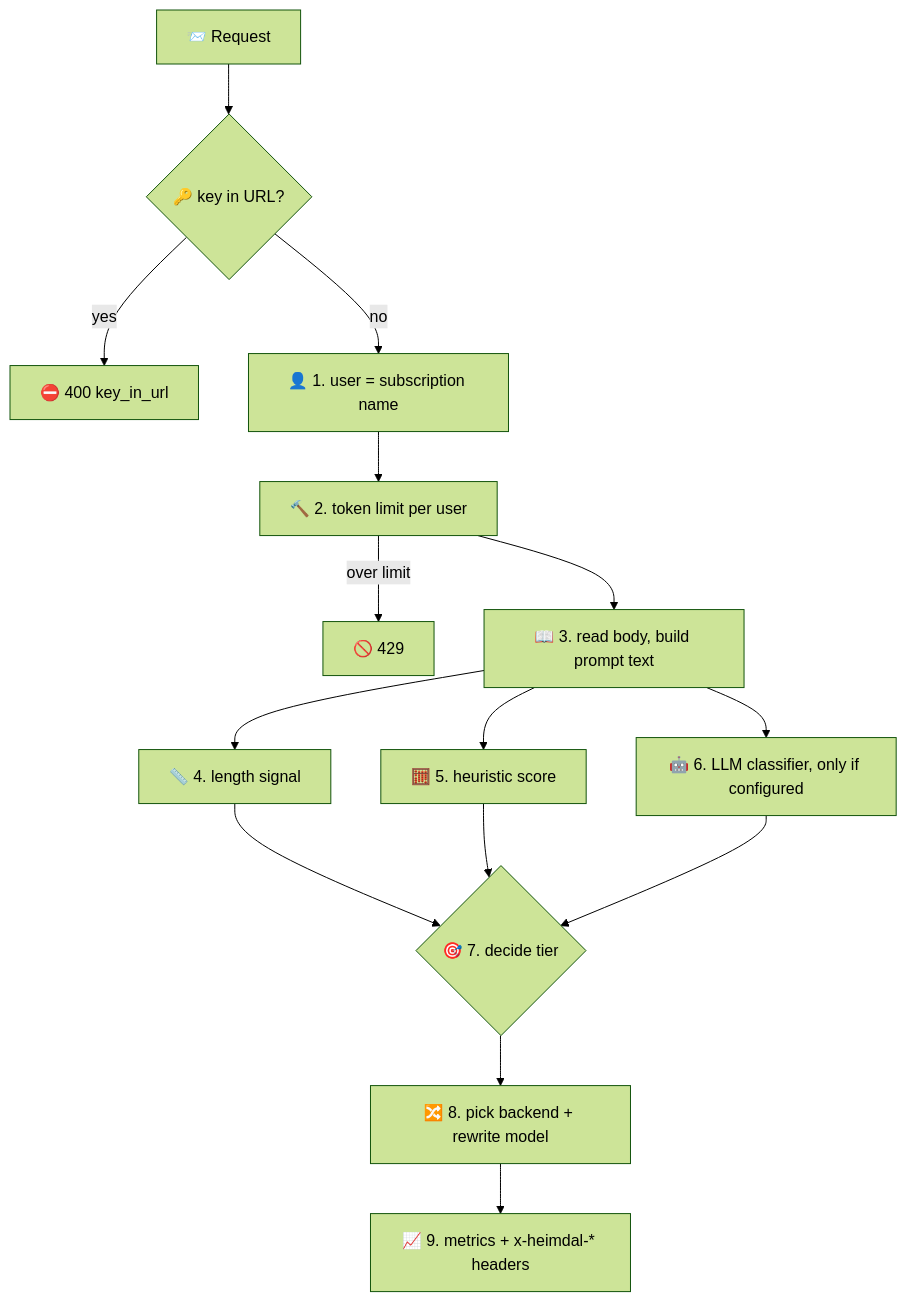
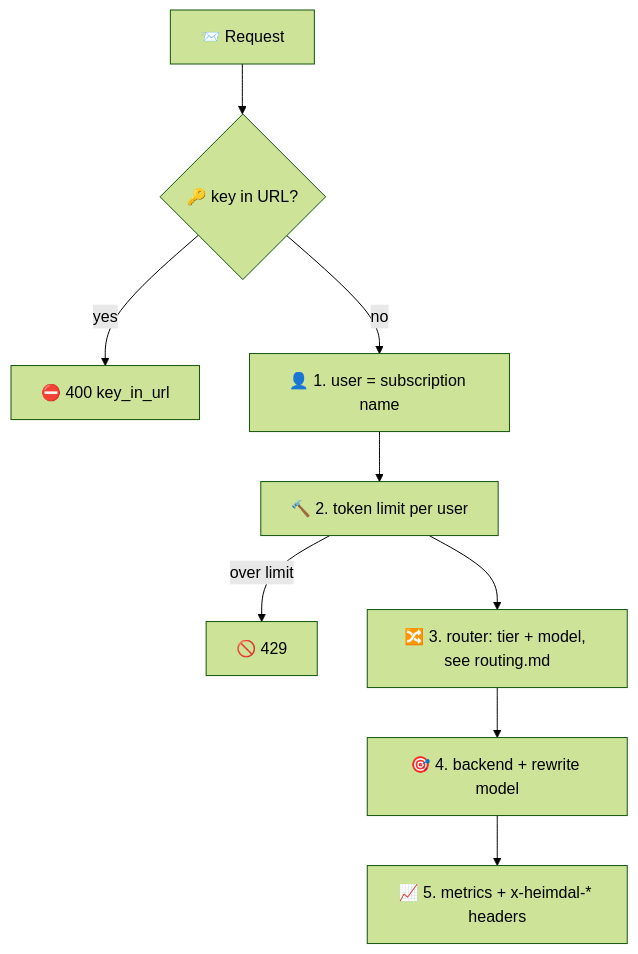
Before and after one commit to nampacx/Azue-APIM-LLM-Gateway: the diagram in docs/policies.md, drawn with Mermaid (forest theme). The commit also changed other lines of this file and 3 other files, not shown here.

````diff
--- a/docs/policies.md
+++ b/docs/policies.md
@@ -23,15 +19,11 @@
 ```mermaid
 flowchart TD
   A[📨 Request] --> B{🔑 key in URL?}
   B -- yes --> X[⛔ 400 key_in_url]
   B -- no --> C[👤 1. user = subscription name]
   C --> D[🔨 2. token limit per user]
   D -- over limit --> Y[🚫 429]
-  D --> E[📖 3. read body, build prompt text]
-  E --> F[📏 4. length signal]
-  E --> G[🧮 5. heuristic score]
-  E --> H[🤖 6. LLM classifier, only if configured]
-  F & G & H --> I{🎯 7. decide tier}
-  I --> J[🔀 8. pick backend + rewrite model]
-  J --> K[📈 9. metrics + x-heimdal-* headers]
+  D --> E[🔀 3. router: tier + model, see routing.md]
+  E --> F[🎯 4. backend + rewrite model]
+  F --> G[📈 5. metrics + x-heimdal-* headers]
 ```
````
